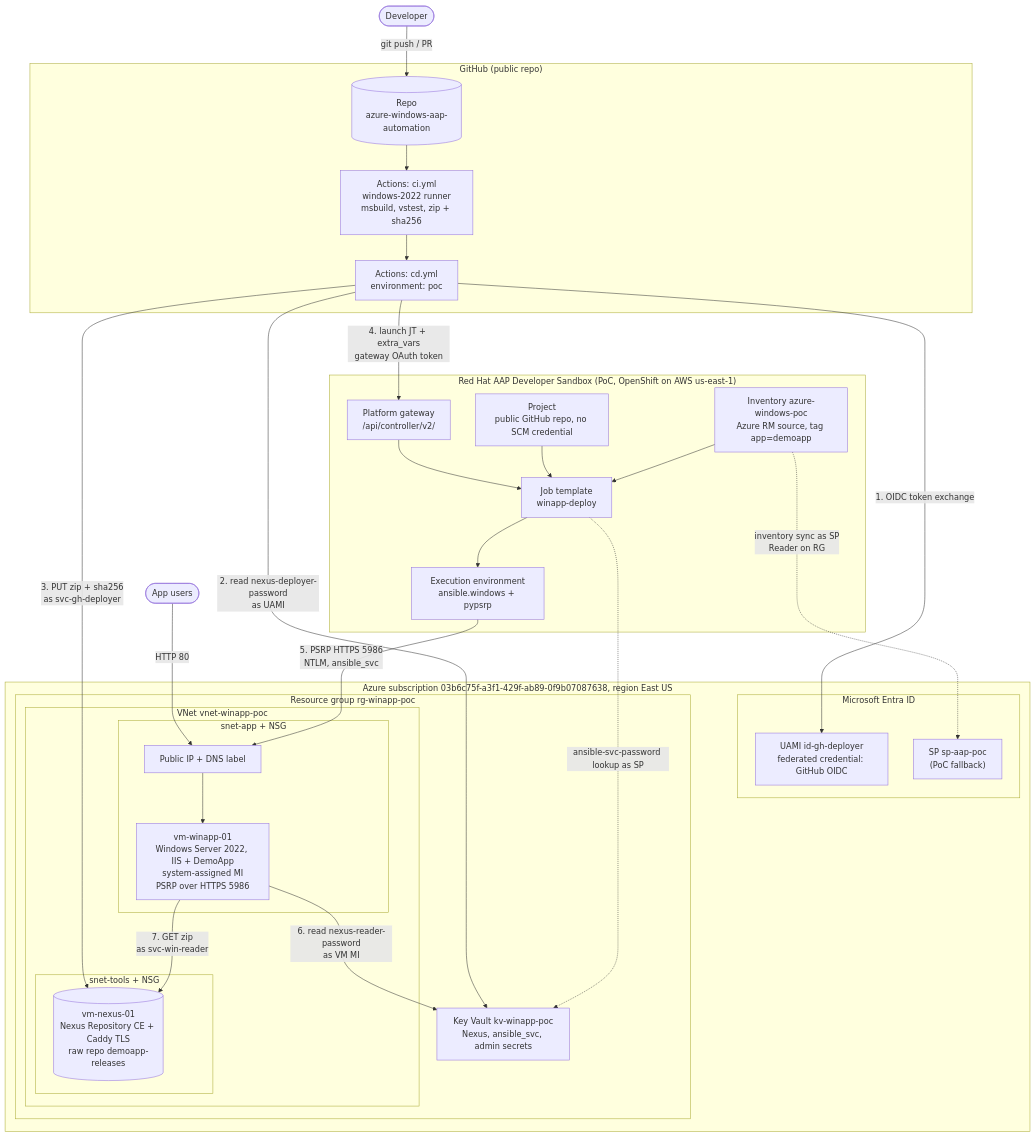
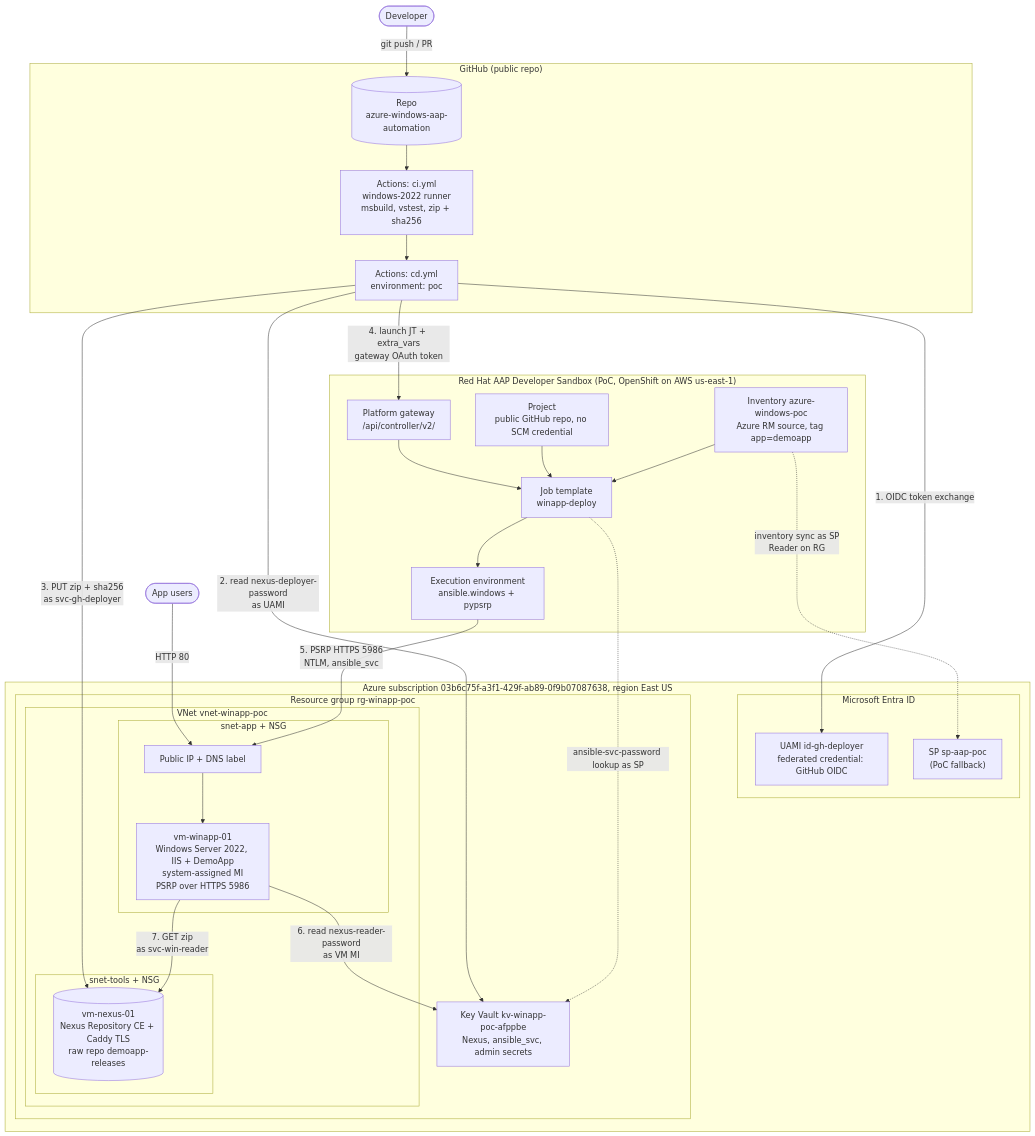
Before and after one commit to vinothtestorg/azure-windows-aap-automation: the first of 5 diagrams in docs/HLD.md, drawn with Mermaid. The commit also changed other lines of this file and 6 other files, not shown here.

````diff
--- a/docs/HLD.md
+++ b/docs/HLD.md
@@ -93,52 +93,52 @@
 ```mermaid
 flowchart TB
   dev(["Developer"]) -->|"git push / PR"| repo
   users(["App users"]) -->|"HTTP 80"| pip
 
   subgraph gh["GitHub (public repo)"]
     repo[("Repo<br/>azure-windows-aap-automation")]
     ci["Actions: ci.yml<br/>windows-2022 runner<br/>msbuild, vstest, zip + sha256"]
     cd["Actions: cd.yml<br/>environment: poc"]
     repo --> ci --> cd
   end
 
   subgraph aap["Red Hat AAP Developer Sandbox (PoC, OpenShift on AWS us-east-1)"]
     api["Platform gateway<br/>/api/controller/v2/"]
     jt["Job template<br/>winapp-deploy"]
     proj["Project<br/>public GitHub repo, no SCM credential"]
     inv["Inventory azure-windows-poc<br/>Azure RM source, tag app=demoapp"]
     ee["Execution environment<br/>ansible.windows + pypsrp"]
     api --> jt --> ee
     proj --> jt
     inv --> jt
   end
 
   subgraph az["Azure subscription 03b6c75f-a3f1-429f-ab89-0f9b07087638, region East US"]
     subgraph entra["Microsoft Entra ID"]
       uami["UAMI id-gh-deployer<br/>federated credential: GitHub OIDC"]
       sp["SP sp-aap-poc<br/>(PoC fallback)"]
     end
     subgraph rg["Resource group rg-winapp-poc"]
-      kv["Key Vault kv-winapp-poc<br/>Nexus, ansible_svc, admin secrets"]
+      kv["Key Vault kv-winapp-poc-afppbe<br/>Nexus, ansible_svc, admin secrets"]
       subgraph vnet["VNet vnet-winapp-poc"]
         subgraph snapp["snet-app + NSG"]
           pip["Public IP + DNS label"]
           vm["vm-winapp-01<br/>Windows Server 2022, IIS + DemoApp<br/>system-assigned MI<br/>PSRP over HTTPS 5986"]
         end
         subgraph sntools["snet-tools + NSG"]
           nexus[("vm-nexus-01<br/>Nexus Repository CE + Caddy TLS<br/>raw repo demoapp-releases")]
         end
       end
     end
   end
 
   cd -->|"1. OIDC token exchange"| uami
   cd -->|"2. read nexus-deployer-password<br/>as UAMI"| kv
   cd -->|"3. PUT zip + sha256<br/>as svc-gh-deployer"| nexus
   cd -->|"4. launch JT + extra_vars<br/>gateway OAuth token"| api
   inv -.->|"inventory sync as SP<br/>Reader on RG"| sp
   jt -.->|"ansible-svc-password lookup as SP"| kv
   ee -->|"5. PSRP HTTPS 5986<br/>NTLM, ansible_svc"| pip --> vm
   vm -->|"6. read nexus-reader-password<br/>as VM MI"| kv
   vm -->|"7. GET zip<br/>as svc-win-reader"| nexus
 ```
````
